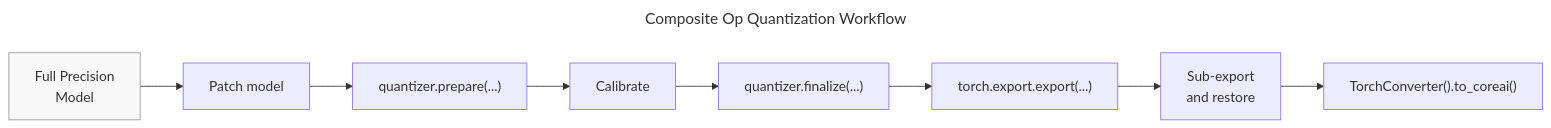
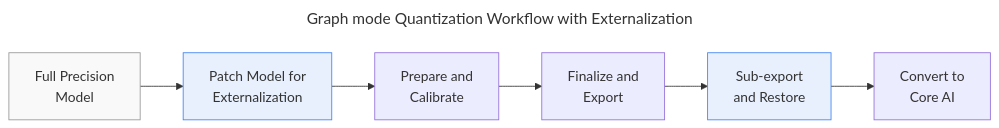
Before and after one commit to apple/coreai-optimization: the diagram in docs/src/utils/composite_op_quantization.md, drawn with Mermaid. The commit also changed other lines of this file and 1 other file, not shown here.

Commit message:
update flowchart

````diff
--- a/docs/src/utils/composite_op_quantization.md
+++ b/docs/src/utils/composite_op_quantization.md
@@ -21,14 +21,14 @@
 ```mermaid
 ---
-title: "Composite Op Quantization Workflow"
+title: "Graph mode Quantization Workflow with Externalization"
 ---
 flowchart LR
-    model["Full Precision<br>Model"] --> patch["Patch model"]
-    patch --> prepare["quantizer.prepare(...)"]
-    prepare --> calibrate["Calibrate"]
-    calibrate --> qfin["quantizer.finalize(...)"]
-    qfin --> export["torch.export.export(...)"]
-    export --> sub["Sub-export<br>and restore"]
-    sub --> convert["TorchConverter().to_coreai()"]
+    model["Full Precision<br>Model"] --> patch["Patch Model for<br>Externalization"]
+    patch --> prepare["Prepare and<br>Calibrate"]
+    prepare --> qfin["Finalize and<br>Export"]
+    qfin --> sub["Sub-export<br>and Restore"]
+    sub --> convert["Convert to<br>Core AI"]
     style model fill:#f9f9f9,stroke:#999
+    style patch fill:#e8f0fe,stroke:#4285f4
+    style sub fill:#e8f0fe,stroke:#4285f4
 ```
````
